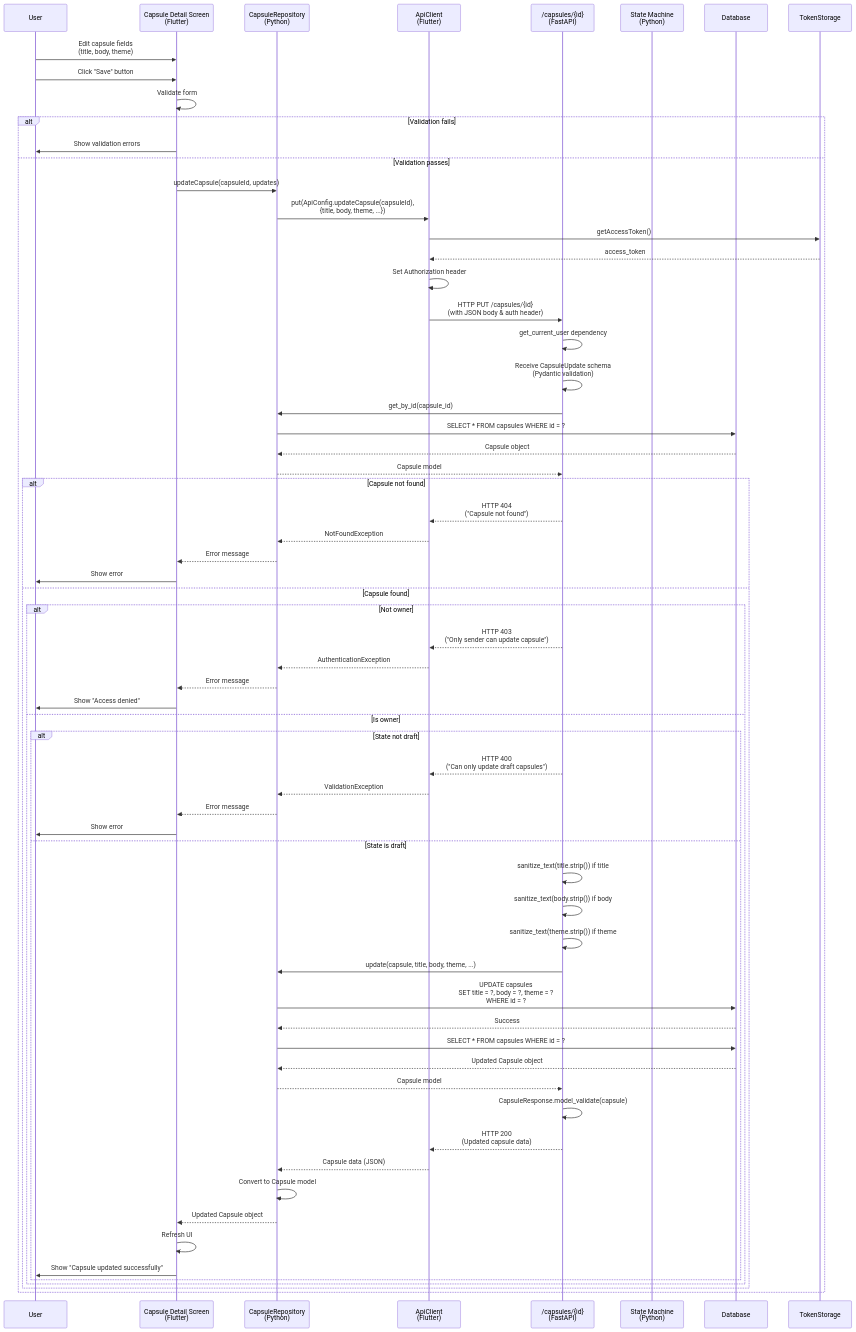
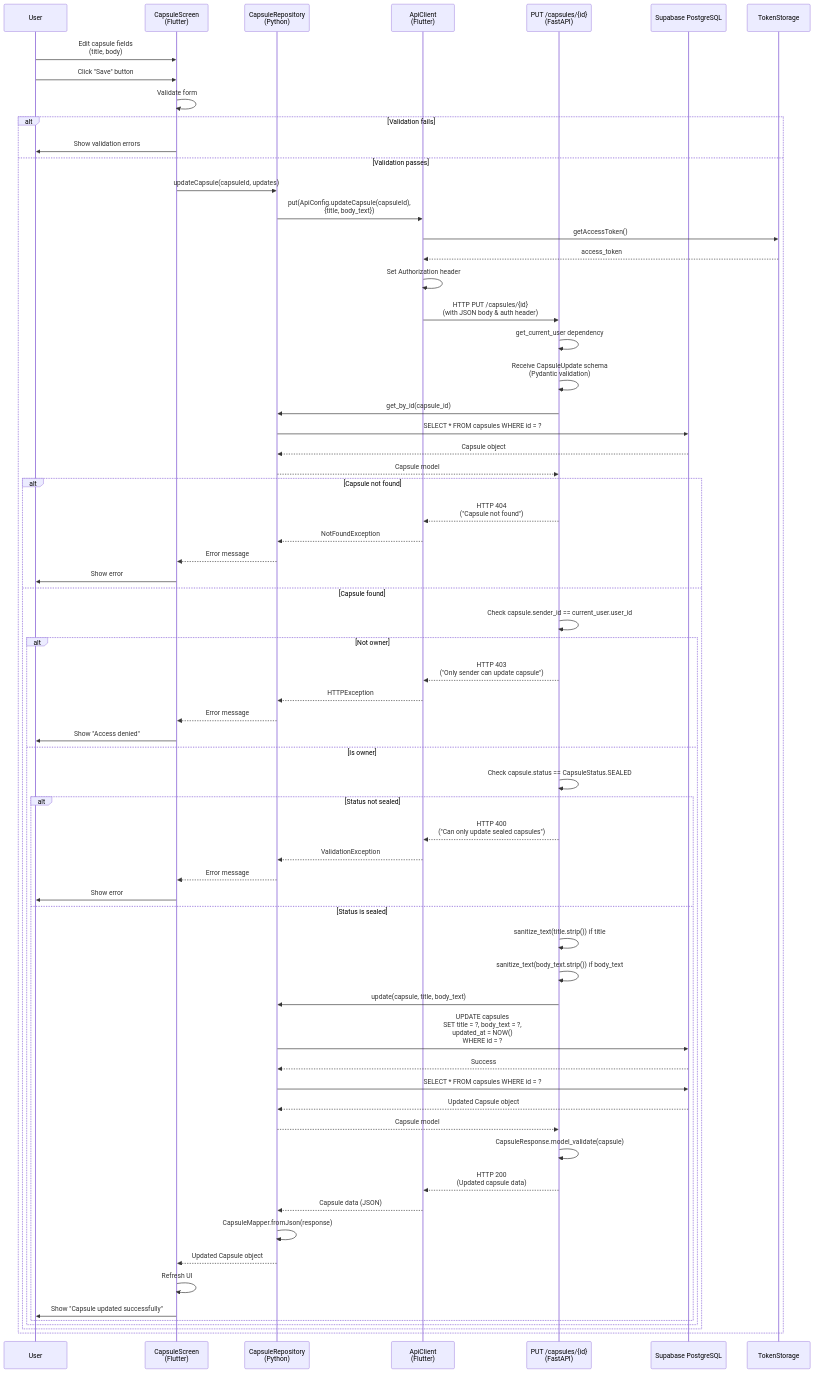
One commit to sunilkumarvuppala/open-on-app changed the eighth of 20 diagrams in docs/SEQUENCE_DIAGRAMS.md. Above: the diagram before and after it, drawn with Mermaid. The commit also changed other lines of this file and 64 other files, not shown here.

````diff
--- a/docs/SEQUENCE_DIAGRAMS.md
+++ b/docs/SEQUENCE_DIAGRAMS.md
@@ -810,74 +741,76 @@
 ```mermaid
 sequenceDiagram
     participant User
-    participant CapsuleScreen as Capsule Detail Screen<br/>(Flutter)
-    participant CapsuleRepo as CapsuleRepository<br/>(Flutter)
+    participant CapsuleScreen as CapsuleScreen<br/>(Flutter)
+    participant CapsuleRepo as ApiCapsuleRepository<br/>(Flutter)
     participant ApiClient as ApiClient<br/>(Flutter)
-    participant CapsuleAPI as /capsules/{id}<br/>(FastAPI)
-    participant StateMachine as State Machine<br/>(Python)
+    participant CapsuleAPI as PUT /capsules/{id}<br/>(FastAPI)
     participant CapsuleRepo as CapsuleRepository<br/>(Python)
-    participant DB as Database
+    participant DB as Supabase PostgreSQL
 
-    User->>CapsuleScreen: Edit capsule fields<br/>(title, body, theme)
+    User->>CapsuleScreen: Edit capsule fields<br/>(title, body)
     User->>CapsuleScreen: Click "Save" button
     CapsuleScreen->>CapsuleScreen: Validate form
     
     alt Validation fails
         CapsuleScreen->>User: Show validation errors
     else Validation passes
         CapsuleScreen->>CapsuleRepo: updateCapsule(capsuleId, updates)
-        CapsuleRepo->>ApiClient: put(ApiConfig.updateCapsule(capsuleId),<br/>{title, body, theme, ...})
+        CapsuleRepo->>ApiClient: put(ApiConfig.updateCapsule(capsuleId),<br/>{title, body_text})
         ApiClient->>TokenStorage: getAccessToken()
         TokenStorage-->>ApiClient: access_token
         ApiClient->>ApiClient: Set Authorization header
         ApiClient->>CapsuleAPI: HTTP PUT /capsules/{id}<br/>(with JSON body & auth header)
         
         CapsuleAPI->>CapsuleAPI: get_current_user dependency
         CapsuleAPI->>CapsuleAPI: Receive CapsuleUpdate schema<br/>(Pydantic validation)
         CapsuleAPI->>CapsuleRepo: get_by_id(capsule_id)
         CapsuleRepo->>DB: SELECT * FROM capsules WHERE id = ?
         DB-->>CapsuleRepo: Capsule object
         CapsuleRepo-->>CapsuleAPI: Capsule model
         
         alt Capsule not found
             CapsuleAPI-->>ApiClient: HTTP 404<br/>("Capsule not found")
             ApiClient-->>CapsuleRepo: NotFoundException
             CapsuleRepo-->>CapsuleScreen: Error message
             CapsuleScreen->>User: Show error
         else Capsule found
+            CapsuleAPI->>CapsuleAPI: Check capsule.sender_id == current_user.user_id
+            
             alt Not owner
                 CapsuleAPI-->>ApiClient: HTTP 403<br/>("Only sender can update capsule")
-                ApiClient-->>CapsuleRepo: AuthenticationException
+                ApiClient-->>CapsuleRepo: HTTPException
                 CapsuleRepo-->>CapsuleScreen: Error message
                 CapsuleScreen->>User: Show "Access denied"
             else Is owner
-                alt State not draft
-                    CapsuleAPI-->>ApiClient: HTTP 400<br/>("Can only update draft capsules")
+                CapsuleAPI->>CapsuleAPI: Check capsule.status == CapsuleStatus.SEALED
+                
+                alt Status not sealed
+                    CapsuleAPI-->>ApiClient: HTTP 400<br/>("Can only update sealed capsules")
                     ApiClient-->>CapsuleRepo: ValidationException
                     CapsuleRepo-->>CapsuleScreen: Error message
                     CapsuleScreen->>User: Show error
-                else State is draft
+                else Status is sealed
                     CapsuleAPI->>CapsuleAPI: sanitize_text(title.strip()) if title
-                    CapsuleAPI->>CapsuleAPI: sanitize_text(body.strip()) if body
-                    CapsuleAPI->>CapsuleAPI: sanitize_text(theme.strip()) if theme
+                    CapsuleAPI->>CapsuleAPI: sanitize_text(body_text.strip()) if body_text
                     
-                    CapsuleAPI->>CapsuleRepo: update(capsule, title, body, theme, ...)
-                    CapsuleRepo->>DB: UPDATE capsules<br/>SET title = ?, body = ?, theme = ?<br/>WHERE id = ?
+                    CapsuleAPI->>CapsuleRepo: update(capsule, title, body_text)
+                    CapsuleRepo->>DB: UPDATE capsules<br/>SET title = ?, body_text = ?,<br/>updated_at = NOW()<br/>WHERE id = ?
                     DB-->>CapsuleRepo: Success
                     CapsuleRepo->>DB: SELECT * FROM capsules WHERE id = ?
                     DB-->>CapsuleRepo: Updated Capsule object
                     CapsuleRepo-->>CapsuleAPI: Capsule model
                     
                     CapsuleAPI->>CapsuleAPI: CapsuleResponse.model_validate(capsule)
                     CapsuleAPI-->>ApiClient: HTTP 200<br/>(Updated capsule data)
                     
                     ApiClient-->>CapsuleRepo: Capsule data (JSON)
-                    CapsuleRepo->>CapsuleRepo: Convert to Capsule model
+                    CapsuleRepo->>CapsuleRepo: CapsuleMapper.fromJson(response)
                     CapsuleRepo-->>CapsuleScreen: Updated Capsule object
                     CapsuleScreen->>CapsuleScreen: Refresh UI
                     CapsuleScreen->>User: Show "Capsule updated successfully"
                 end
             end
         end
     end
 ```
````
